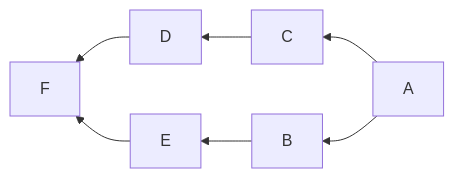
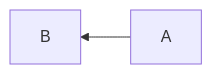
Before and after one commit to LucasBarretto86/LearningMermaid: the fourth of 21 diagrams in README.md, drawn with Mermaid. The commit also changed other lines of this file, not shown here.

````diff
--- a/README.md
+++ b/README.md
@@ -116,9 +124,4 @@
 ```mermaid
 graph RL
   A --> B
-  A --> C
-  C --> D
-  B --> E
-  D --> F
-  E --> F
 ```
````
